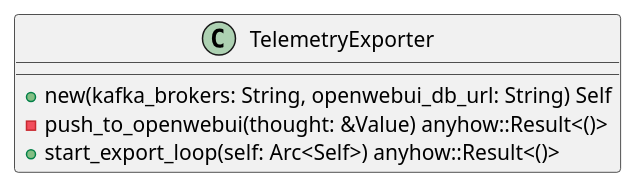
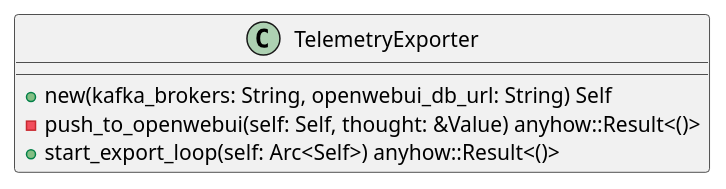
Before and after one commit to lgcorzo/rust_CACD_autonomous_factory: the first of 6 diagrams in openwiki/crates_factory_application_src_telemetry_export.md, drawn with PlantUML. The commit also changed other lines of this file and 95 other files, not shown here.

````diff
--- a/openwiki/crates_factory_application_src_telemetry_export.md
+++ b/openwiki/crates_factory_application_src_telemetry_export.md
@@ -106,10 +106,10 @@
 ```plantuml
 @startuml
 class TelemetryExporter {
     +new(kafka_brokers: String, openwebui_db_url: String) Self
-    -push_to_openwebui(thought: &Value) anyhow::Result<()>
+    -push_to_openwebui(self: Self, thought: &Value) anyhow::Result<()>
     +start_export_loop(self: Arc<Self>) anyhow::Result<()>
 }
 @enduml
 
 ```
````
